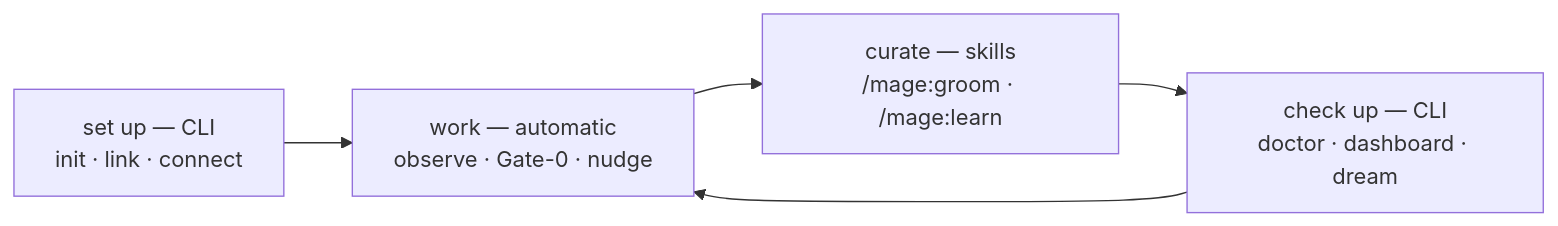
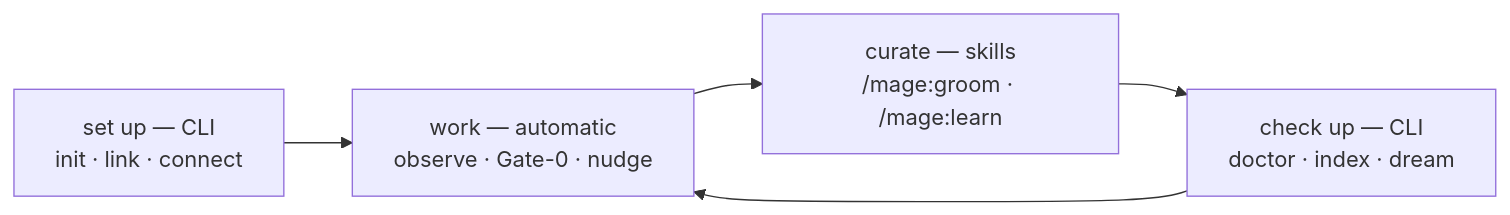
One commit to Sumit1993/mage-memory changed the diagram in docs/src/content/docs/reference/commands.mdx. Above: the diagram before and after it, drawn with Mermaid. The commit also changed other lines of this file and 21 other files, not shown here.

````diff
--- a/docs/src/content/docs/reference/commands.mdx
+++ b/docs/src/content/docs/reference/commands.mdx
@@ -48,7 +48,7 @@
 ```mermaid The rhythm of the three channels: set up with the CLI, then work is captured automatically, you curate with skills, and you check health with the CLI — looping back to the work.
 flowchart LR
   setup["set up — CLI<br/>init · link · connect"] --> work["work — automatic<br/>observe · Gate-0 · nudge"]
   work --> curate["curate — skills<br/>/mage:groom · /mage:learn"]
-  curate --> health["check up — CLI<br/>doctor · dashboard · dream"]
+  curate --> health["check up — CLI<br/>doctor · index · dream"]
   health --> work
 ```
````
